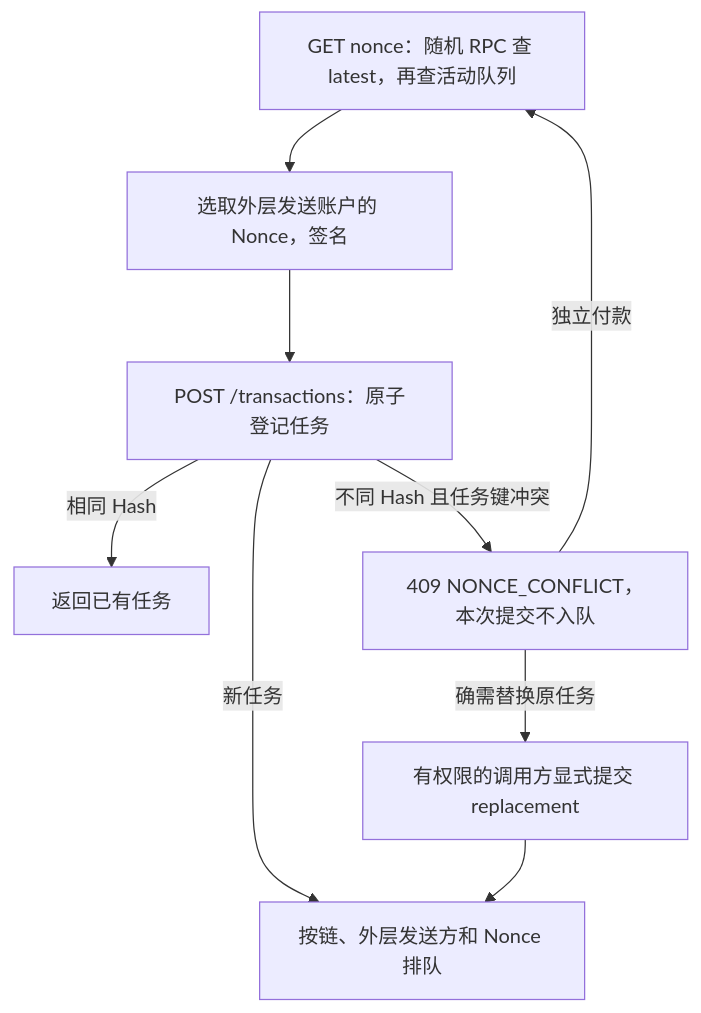
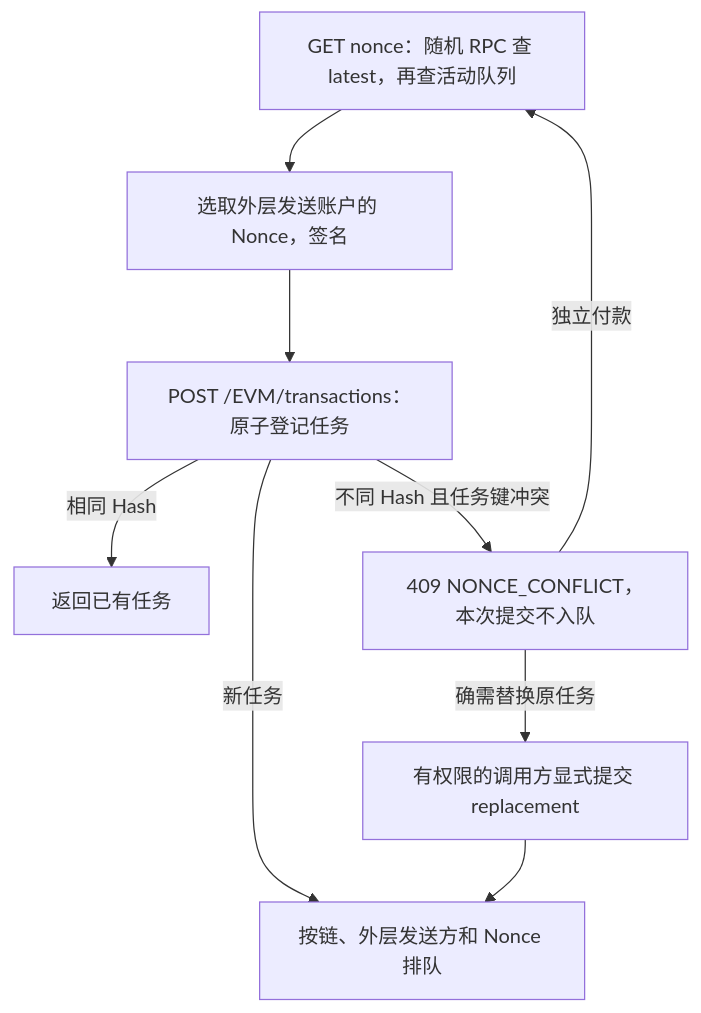
Before and after one commit to GMWalletApp/Broadcaster: the first of 2 diagrams in docs/api.zh-CN.md, drawn with Mermaid. The commit also changed other lines of this file and 20 other files, not shown here.

```diff
--- a/docs/api.zh-CN.md
+++ b/docs/api.zh-CN.md
@@ -59,11 +74,11 @@
 ~~~mermaid
 flowchart TD
     Read["GET nonce：随机 RPC 查 latest，再查活动队列"] --> Sign["选取外层发送账户的 Nonce，签名"]
-    Sign --> Submit["POST /transactions：原子登记任务"]
+    Sign --> Submit["POST /EVM/transactions：原子登记任务"]
     Submit -->|相同 Hash| Existing["返回已有任务"]
     Submit -->|不同 Hash 且任务键冲突| Conflict["409 NONCE_CONFLICT，本次提交不入队"]
     Submit -->|新任务| Queue["按链、外层发送方和 Nonce 排队"]
     Conflict -->|独立付款| Read
     Conflict -->|确需替换原任务| Replace["有权限的调用方显式提交 replacement"]
     Replace --> Queue
 ~~~
```
